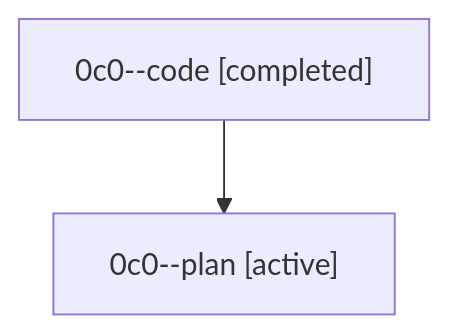
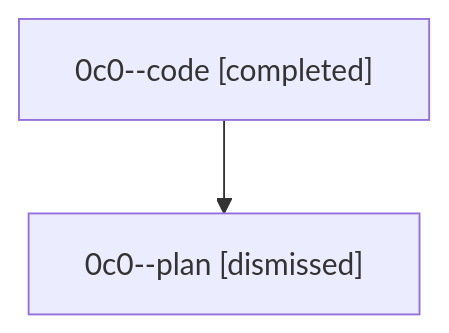
The diagram in sessions/bbugyi200.athena.0c0.md (sase-org/sase--agents), drawn with Mermaid before and after one commit. The commit also changed other lines of this file and 24 other files, not shown here.

````diff
--- a/sessions/bbugyi200.athena.0c0.md
+++ b/sessions/bbugyi200.athena.0c0.md
@@ -9,6 +9,6 @@
 ```mermaid
 flowchart TD
   n0["0c0--code [completed]"]
-  n1["0c0--plan [active]"]
+  n1["0c0--plan [dismissed]"]
   n0 --> n1
 ```
````
